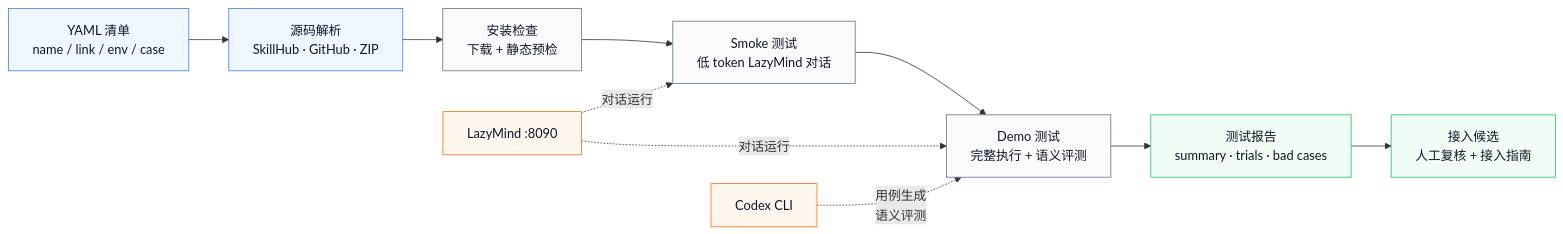
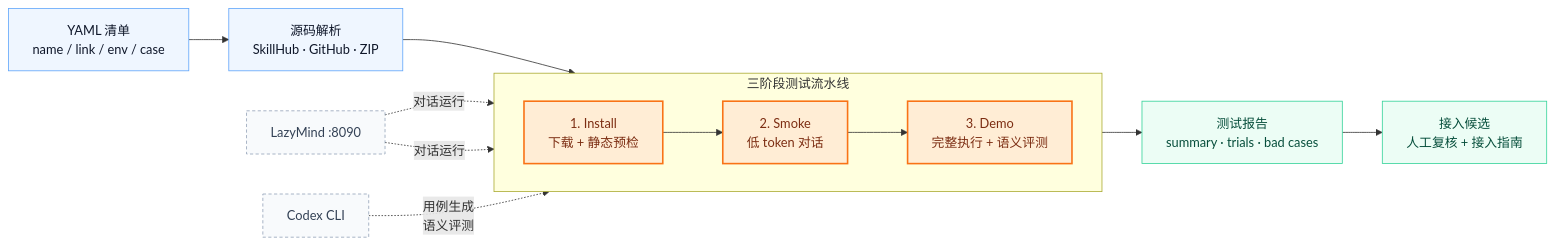
Before and after one commit to chenzhex/skill-auto: the diagram in README.zh-CN.md, drawn with Mermaid. The commit also changed 1 other file, not shown here.

Commit message:
Highlight pipeline stages in README diagrams

````diff
--- a/README.zh-CN.md
+++ b/README.zh-CN.md
@@ -11,23 +11,30 @@
 ```mermaid
 flowchart LR
     A["YAML 清单<br/>name / link / env / case"] --> B["源码解析<br/>SkillHub · GitHub · ZIP"]
-    B --> C["安装检查<br/>下载 + 静态预检"]
-    C --> D["Smoke 测试<br/>低 token LazyMind 对话"]
-    D --> E["Demo 测试<br/>完整执行 + 语义评测"]
+
+    subgraph P["三阶段测试流水线"]
+        direction LR
+        C["1. Install<br/>下载 + 静态预检"]
+        D["2. Smoke<br/>低 token 对话"]
+        E["3. Demo<br/>完整执行 + 语义评测"]
+        C --> D --> E
+    end
+
+    B --> C
     E --> F["测试报告<br/>summary · trials · bad cases"]
     F --> G["接入候选<br/>人工复核 + 接入指南"]
 
     L["LazyMind :8090"] -. 对话运行 .-> D
     L -. 对话运行 .-> E
     X["Codex CLI"] -. 用例生成<br/>语义评测 .-> E
 
-    classDef input fill:#eef6ff,stroke:#3b82f6,color:#0f172a;
-    classDef stage fill:#f8fafc,stroke:#64748b,color:#0f172a;
-    classDef output fill:#f0fdf4,stroke:#22c55e,color:#0f172a;
-    classDef support fill:#fff7ed,stroke:#f97316,color:#0f172a;
+    classDef input fill:#eff6ff,stroke:#60a5fa,color:#0f172a;
+    classDef stage fill:#ffedd5,stroke:#f97316,color:#7c2d12,stroke-width:2px;
+    classDef output fill:#ecfdf5,stroke:#34d399,color:#064e3b;
+    classDef support fill:#f8fafc,stroke:#94a3b8,color:#334155,stroke-dasharray: 4 3;
 
     class A,B input;
     class C,D,E stage;
     class F,G output;
     class L,X support;
 ```
````
